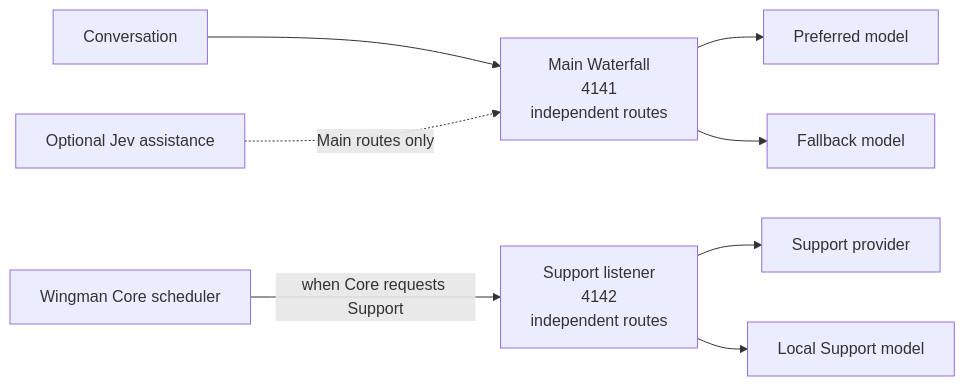
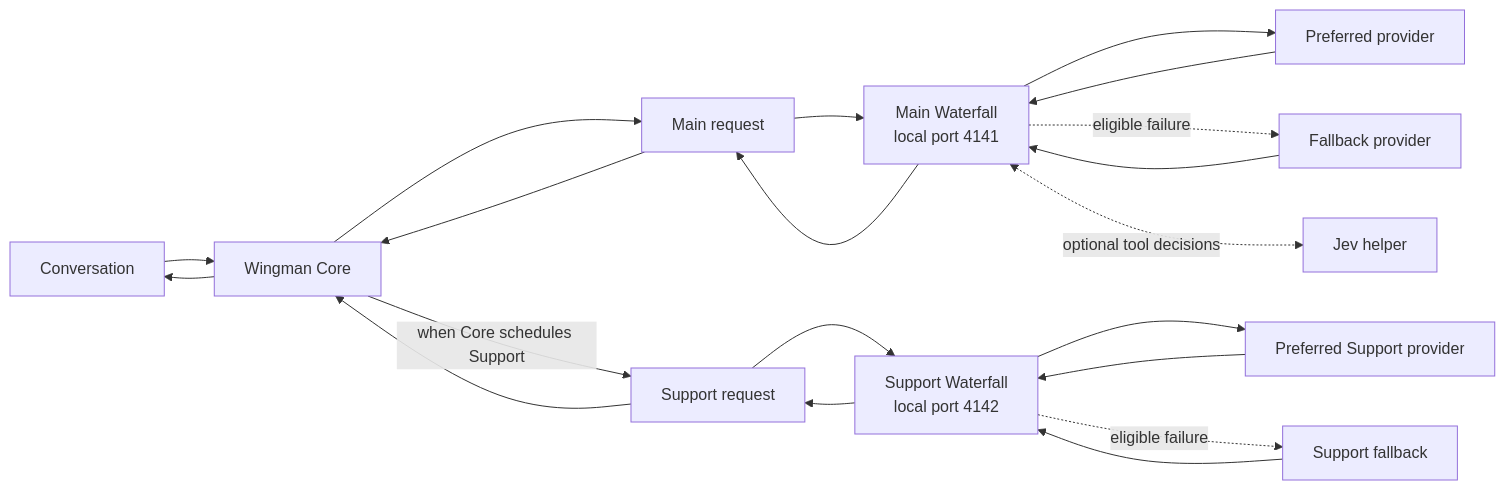
One commit to Fowlplaychiken/SC-Wingman-API-Waterfall changed the diagram in README.md. Above: the diagram before and after it, drawn with Mermaid. The commit also changed other lines of this file and 2 other files, not shown here.

Commit message:
Simplify setup with stock and optional routing diagrams

````diff
--- a/README.md
+++ b/README.md
@@ -44,10 +14,22 @@
 ```mermaid
 flowchart LR
-    U[Conversation] --> M[Main Waterfall<br/>4141<br/>independent routes]
-    M --> A[Preferred model]
-    M --> B[Fallback model]
-    C[Wingman Core scheduler] -->|when Core requests Support| S[Support listener<br/>4142<br/>independent routes]
-    S --> H[Support provider]
-    S --> L[Local Support model]
-    J[Optional Jev assistance] -. Main routes only .-> M
+    U[Conversation] --> C[Wingman Core]
+    C --> M[Main request]
+    M --> MAPI[Main Waterfall<br/>local port 4141]
+    MAPI --> MP[Preferred provider]
+    MAPI -. eligible failure .-> MB[Fallback provider]
+    MP --> MAPI
+    MB --> MAPI
+    MAPI --> M
+    M --> C
+    C -->|when Core schedules Support| S[Support request]
+    S --> SAPI[Support Waterfall<br/>local port 4142]
+    SAPI --> SP[Preferred Support provider]
+    SAPI -. eligible failure .-> SB[Support fallback]
+    SP --> SAPI
+    SB --> SAPI
+    SAPI --> S
+    S --> C
+    C --> U
+    MAPI <-. optional tool decisions .-> J[Jev helper]
 ```
````
